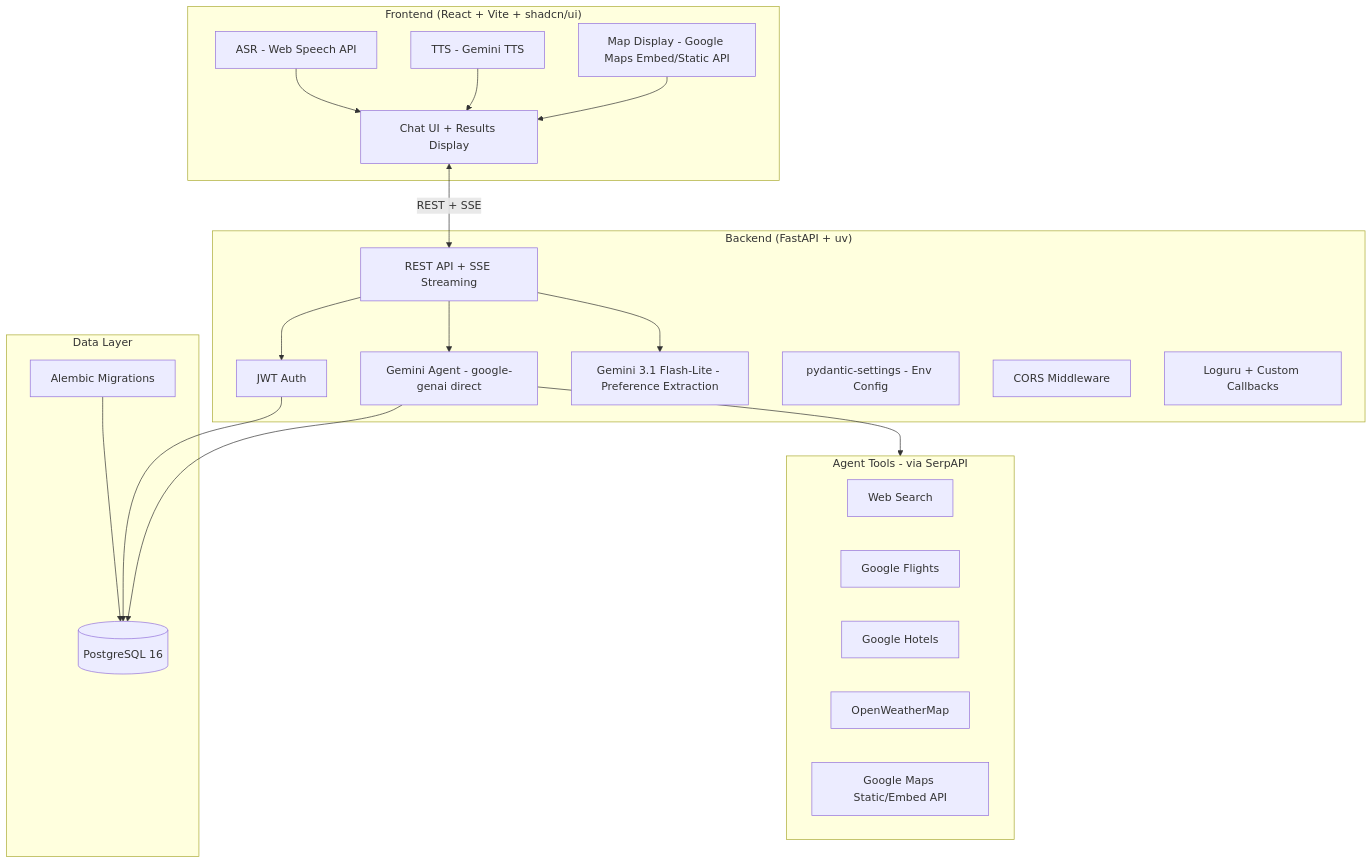
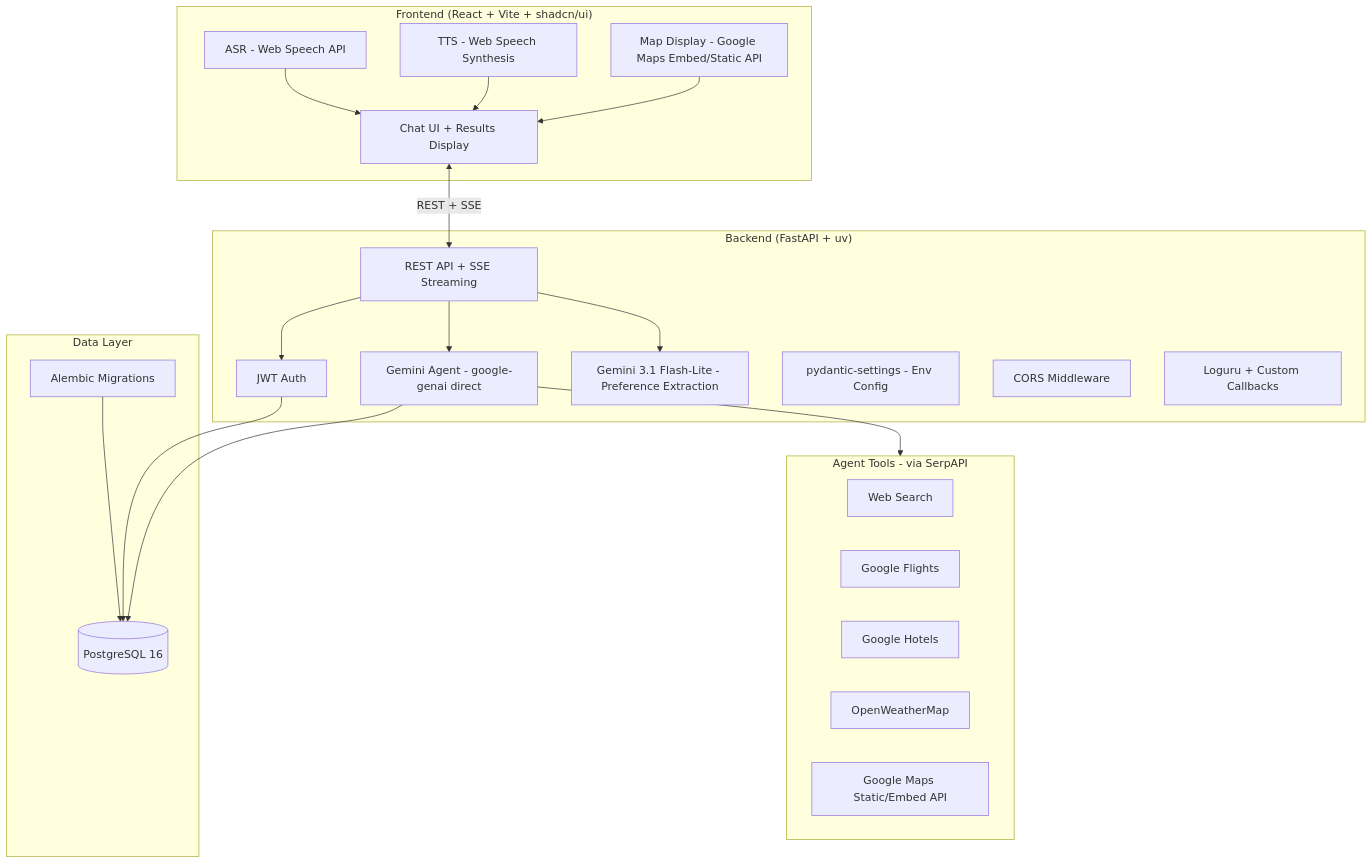
One commit to davidwkk/GoGoGo changed the diagram in INFRA_PLAN.md. Above: the diagram before and after it, drawn with Mermaid. The commit also changed other lines of this file and 5 other files, not shown here.

````diff
--- a/INFRA_PLAN.md
+++ b/INFRA_PLAN.md
@@ -5,44 +5,44 @@
 ```mermaid
 graph TB
     subgraph Frontend ["Frontend (React + Vite + shadcn/ui)"]
         UI[Chat UI + Results Display]
         STT[ASR - Web Speech API]
-        TTS[TTS - Gemini TTS]
+        TTS[TTS - Web Speech Synthesis]
         MAP[Map Display - Google Maps Embed/Static API]
     end
 
     subgraph Backend ["Backend (FastAPI + uv)"]
         API[REST API + SSE Streaming]
         Auth[JWT Auth]
         Agent[Gemini Agent - google-genai direct]
         LiteAgent[Gemini 3.1 Flash-Lite - Preference Extraction]
         Config[pydantic-settings - Env Config]
         CORS[CORS Middleware]
         Logging[Loguru + Custom Callbacks]
     end
 
     subgraph Tools ["Agent Tools - via SerpAPI"]
         WebSearch[Web Search]
         FlightSearch[Google Flights]
         HotelSearch[Google Hotels]
         WeatherAPI[OpenWeatherMap]
         MapsAPI[Google Maps Static/Embed API]
     end
 
     subgraph DB ["Data Layer"]
         PG[(PostgreSQL 16)]
         Alembic[Alembic Migrations]
     end
 
     UI <-->|REST + SSE| API
     STT --> UI
     TTS --> UI
     MAP --> UI
     API --> Auth
     API --> Agent
     API --> LiteAgent
     Agent --> Tools
     Agent --> PG
     Auth --> PG
     Alembic --> PG
 ```
````
